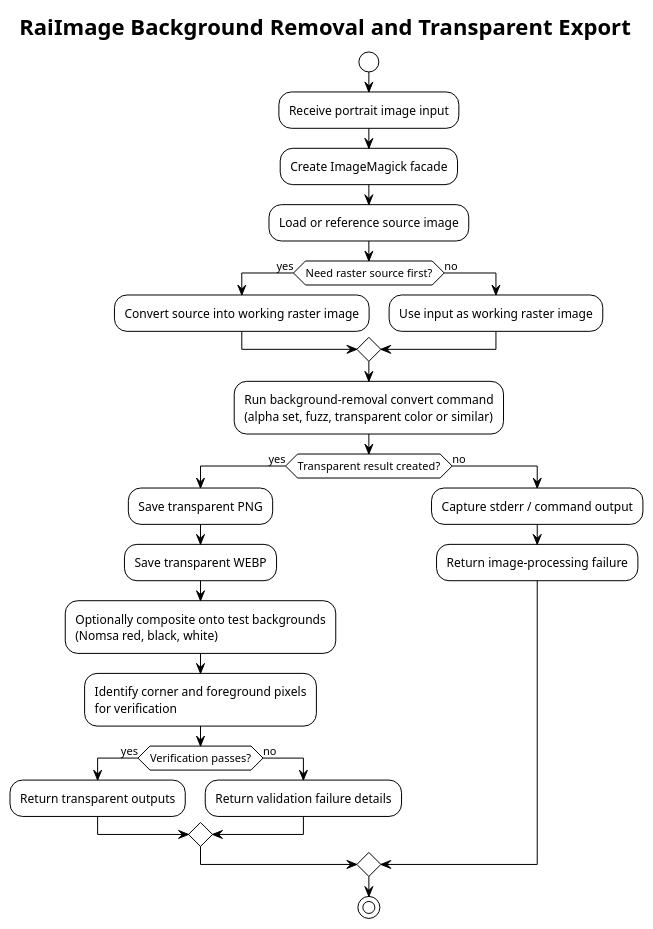
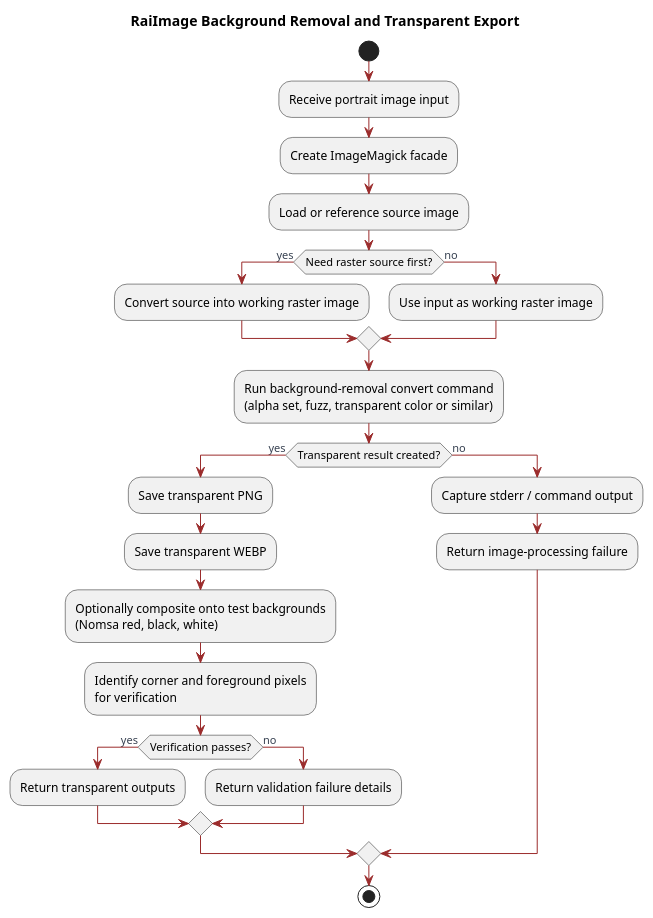
Before and after one commit to Burkhardt/RaiImage: the diagram in RaiImage-BackgroundRemoval-Activity.puml, drawn with PlantUML. The commit also changed 20 other files, not shown here.

```diff
--- a/RaiImage-BackgroundRemoval-Activity.puml
+++ b/RaiImage-BackgroundRemoval-Activity.puml
@@ -1,38 +1,47 @@
 @startuml RaiImageBackgroundRemovalActivity
-' Release: 3.7.1
-!theme plain
+' Release: 3.7.3
+skinparam backgroundColor white
+skinparam shadowing false
+skinparam linetype ortho
+skinparam DiagramFontName "Casual"
+skinparam DiagramFontSize 36
+skinparam NoteBackgroundColor #fff7d6
+skinparam NoteBorderColor #d4b106
+skinparam ArrowColor #9b2c2c
+skinparam ArrowFontColor #374151
+skinparam ArrowFontName "Casual"
 
 title RaiImage Background Removal and Transparent Export
 
 start
 
 :Receive portrait image input;
 :Create ImageMagick facade;
 :Load or reference source image;
 
 if (Need raster source first?) then (yes)
 	:Convert source into working raster image;
 else (no)
 	:Use input as working raster image;
 endif
 
 :Run background-removal convert command\n(alpha set, fuzz, transparent color or similar);
 
 if (Transparent result created?) then (yes)
 	:Save transparent PNG;
 	:Save transparent WEBP;
 	:Optionally composite onto test backgrounds\n(Nomsa red, black, white);
 	:Identify corner and foreground pixels\nfor verification;
 	if (Verification passes?) then (yes)
 		:Return transparent outputs;
 	else (no)
 		:Return validation failure details;
 	endif
 else (no)
 	:Capture stderr / command output;
 	:Return image-processing failure;
 endif
 
 stop
 
 @enduml
```
